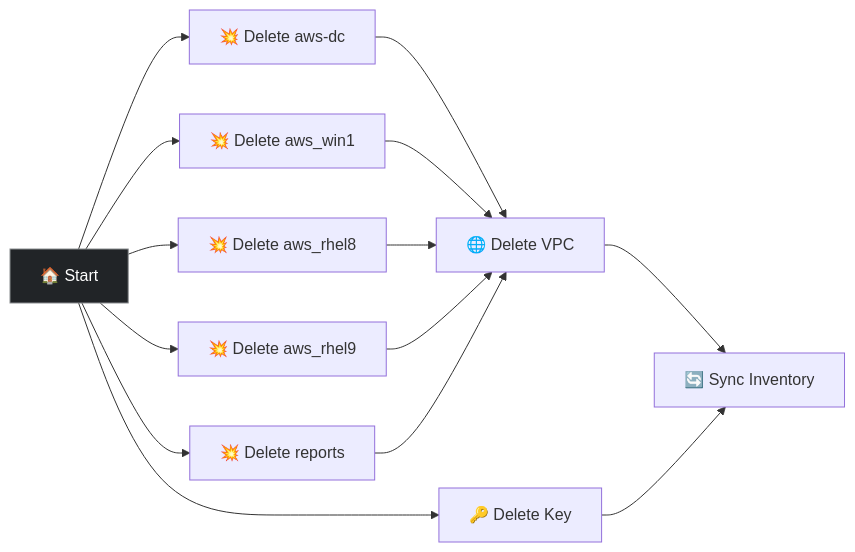
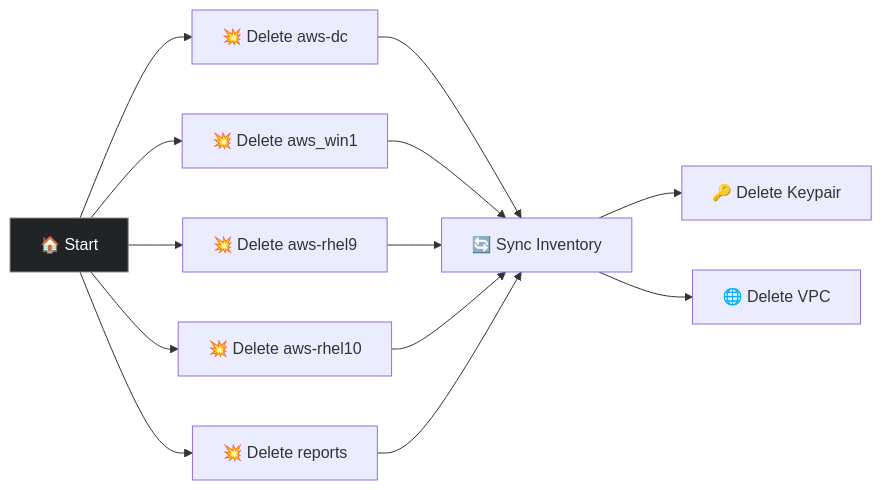
One commit to ansible/product-demos changed the diagram in cloud/docs/cloud-destroy-stack.md. Above: the diagram before and after it, drawn with Mermaid. The commit also changed other lines of this file and 37 other files, not shown here.

````diff
--- a/cloud/docs/cloud-destroy-stack.md
+++ b/cloud/docs/cloud-destroy-stack.md
@@ -19,18 +19,17 @@
 ```mermaid
 graph LR
   S["🏠 Start"]
   S --> A
   S --> B
   S --> C
   S --> D
   S --> E
-  S --> G
-  A["💥 Delete aws-dc"] --> F["🌐 Delete VPC"]
+  A["💥 Delete aws-dc"] --> F["🔄 Sync Inventory"]
   B["💥 Delete aws_win1"] --> F
-  C["💥 Delete aws_rhel8"] --> F
-  D["💥 Delete aws_rhel9"] --> F
+  C["💥 Delete aws-rhel9"] --> F
+  D["💥 Delete aws-rhel10"] --> F
   E["💥 Delete reports"] --> F
-  F --> H["🔄 Sync Inventory"]
-  G["🔑 Delete Key"] --> H
+  F --> G["🔑 Delete Keypair"]
+  F --> H["🌐 Delete VPC"]
   style S fill:#212427,stroke:#8a8d90,color:#fff
 ```
````
